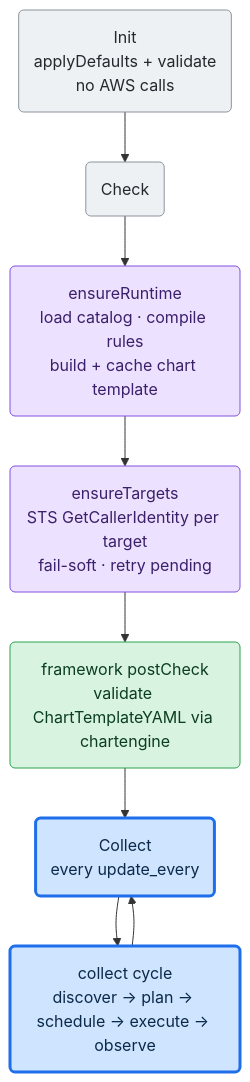
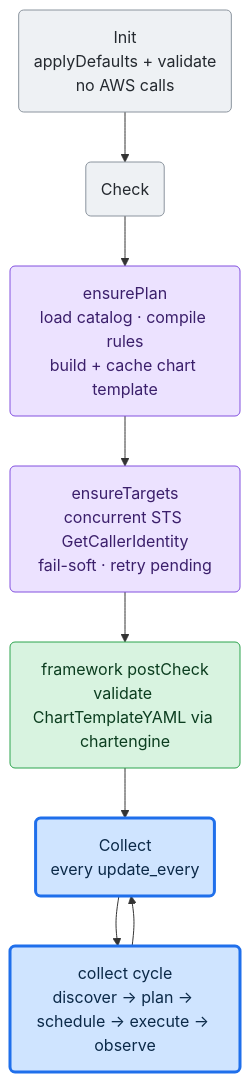
The second of 3 diagrams in src/go/plugin/go.d/collector/cloudwatch/ARCHITECTURE.md (netdata/netdata), drawn with Mermaid before and after one commit. The commit also changed other lines of this file and 36 other files, not shown here.

````diff
--- a/src/go/plugin/go.d/collector/cloudwatch/ARCHITECTURE.md
+++ b/src/go/plugin/go.d/collector/cloudwatch/ARCHITECTURE.md
@@ -78,24 +78,24 @@
 ```mermaid
 flowchart TD
     Init("Init<br/>applyDefaults + validate<br/>no AWS calls")
     Check("Check")
-    Runtime("ensureRuntime<br/>load catalog · compile rules<br/>build + cache chart template")
-    Targets("ensureTargets<br/>STS GetCallerIdentity per target<br/>fail-soft · retry pending")
+    Runtime("ensurePlan<br/>load catalog · compile rules<br/>build + cache chart template")
+    Targets("ensureTargets<br/>concurrent STS GetCallerIdentity<br/>fail-soft · retry pending")
     Post("framework postCheck<br/>validate ChartTemplateYAML via chartengine")
     Collect("Collect<br/>every update_every")
     Cycle("collect cycle<br/>discover → plan → schedule → execute → observe")
 
     Init --> Check
     Check --> Runtime --> Targets --> Post
     Post --> Collect --> Cycle --> Collect
 
     classDef input fill:#eef1f4,stroke:#8b949e,color:#24292f;
     classDef sched fill:#ece2ff,stroke:#8250df,color:#3b1f6b;
     classDef commit fill:#d8f3e0,stroke:#2da44e,color:#0b3d1f;
     classDef core fill:#cfe4ff,stroke:#1f6feb,stroke-width:3px,color:#0b2948;
 
     class Init,Check input
     class Runtime,Targets sched
     class Post commit
     class Collect,Cycle core
 ```
````
